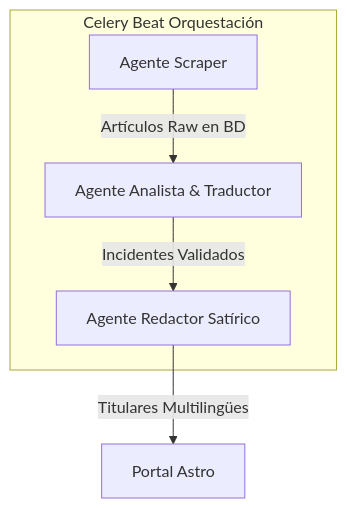
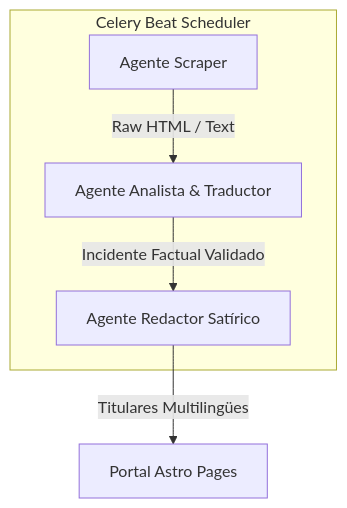
Before and after one commit to YampiSLabs/lliga_sobresalt: the diagram in agents.md, drawn with Mermaid. The commit also changed other lines of this file and 22 other files, not shown here.

````diff
--- a/agents.md
+++ b/agents.md
@@ -13,12 +13,12 @@
 ```mermaid
 graph TD
-    A[Agente Scraper] -->|Artículos Raw en BD| B[Agente Analista & Traductor]
-    B -->|Incidentes Validados| C[Agente Redactor Satírico]
-    C -->|Titulares Multilingües| D[Portal Astro]
+    A[Agente Scraper] -->|Raw HTML / Text | B[Agente Analista & Traductor]
+    B -->|Incidente Factual Validado| C[Agente Redactor Satírico]
+    C -->|Titulares Multilingües| D[Portal Astro Pages]
 
-    subgraph Celery Beat Orquestación
+    subgraph Celery Beat Scheduler
         A
         B
         C
     end
 ```
````
